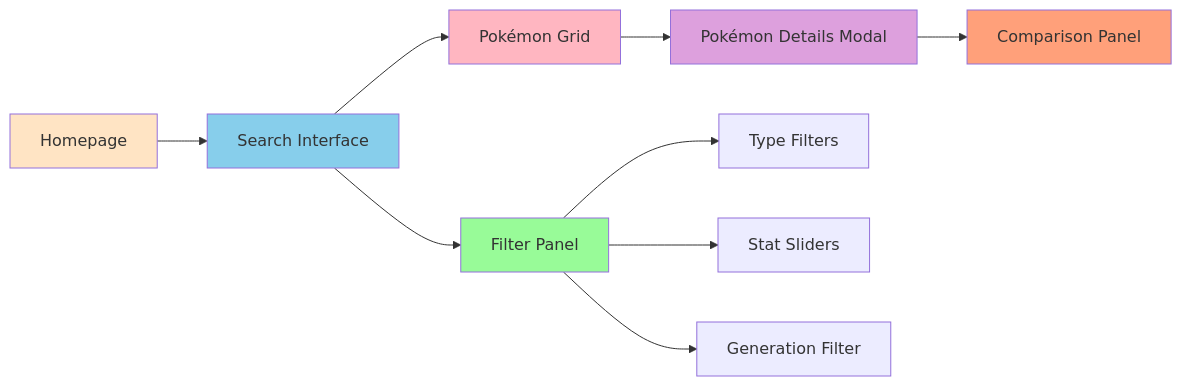
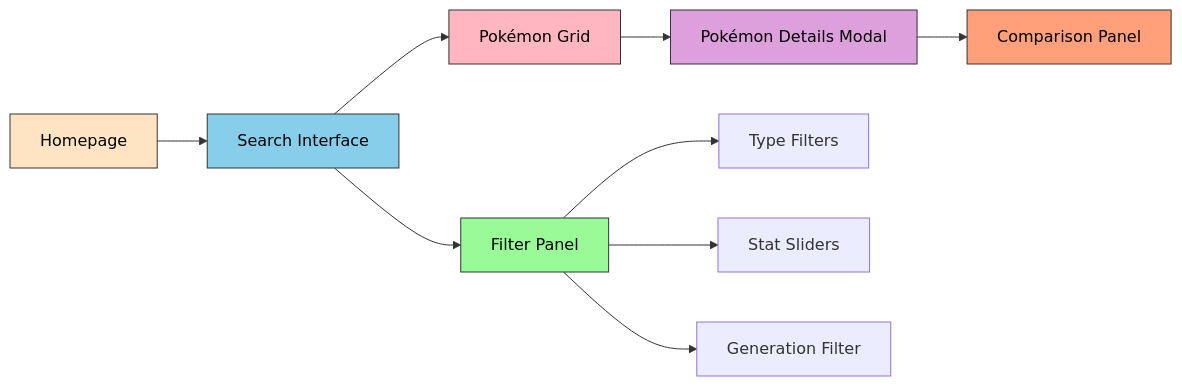
Before and after one commit to aryan083/pokedex: the fifth of 8 diagrams in SOLUTION_SUMMARY.md, drawn with Mermaid. The commit also changed other lines of this file, not shown here.

Commit message:
Add SVG diagrams exported from mermaid charts in SOLUTION_SUMMARY.md

````diff
--- a/SOLUTION_SUMMARY.md
+++ b/SOLUTION_SUMMARY.md
@@ -186,18 +186,18 @@
 ```mermaid
 graph LR
     A[Homepage] --> B[Search Interface]
     B --> C[Filter Panel]
     B --> D[Pokémon Grid]
     D --> E[Pokémon Details Modal]
     E --> F[Comparison Panel]
     C --> G[Type Filters]
     C --> H[Stat Sliders]
     C --> I[Generation Filter]
     
-    style A fill:#FFE4C4
-    style B fill:#87CEEB
-    style C fill:#98FB98
-    style D fill:#FFB6C1
-    style E fill:#DDA0DD
-    style F fill:#FFA07A
+    style A fill:#FFE4C4,stroke:#333,color:#000
+    style B fill:#87CEEB,stroke:#333,color:#000
+    style C fill:#98FB98,stroke:#333,color:#000
+    style D fill:#FFB6C1,stroke:#333,color:#000
+    style E fill:#DDA0DD,stroke:#333,color:#000
+    style F fill:#FFA07A,stroke:#333,color:#000
 ```
````
